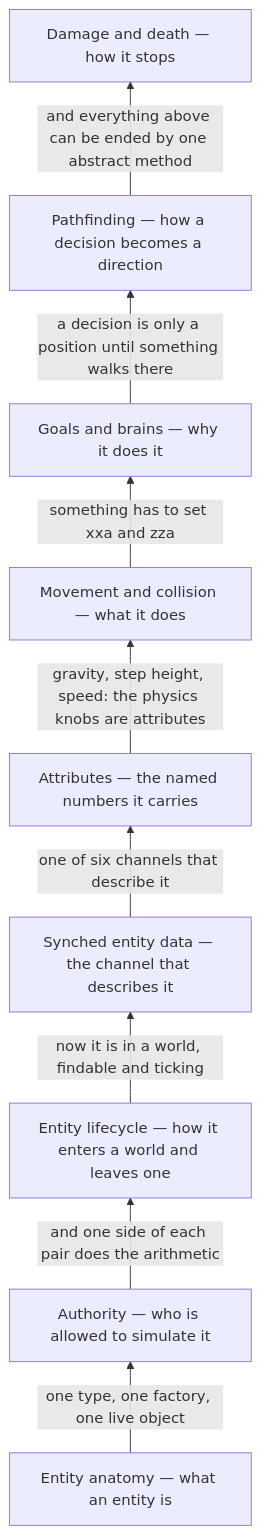
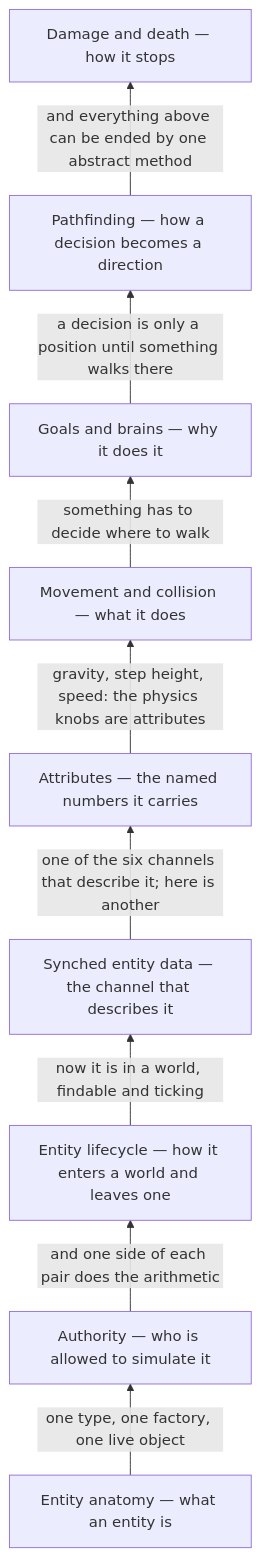
One commit to AlexanderjFraser/MinecraftDocs changed the diagram in src/systems/entities/README.md. Above: the diagram before and after it, drawn with Mermaid. The commit also changed other lines of this file and 18 other files, not shown here.

````diff
--- a/src/systems/entities/README.md
+++ b/src/systems/entities/README.md
@@ -52,20 +28,20 @@
 ```mermaid
 flowchart BT
     A["Entity anatomy — what an entity is"]
     B["Authority — who is allowed to simulate it"]
     C["Entity lifecycle — how it enters a world and leaves one"]
     D["Synched entity data — the channel that describes it"]
     E["Attributes — the named numbers it carries"]
     F["Movement and collision — what it does"]
     G["Goals and brains — why it does it"]
     H["Pathfinding — how a decision becomes a direction"]
     I["Damage and death — how it stops"]
     A -- "one type, one factory, one live object" --> B
     B -- "and one side of each pair does the arithmetic" --> C
     C -- "now it is in a world, findable and ticking" --> D
-    D -- "one of six channels that describe it" --> E
+    D -- "one of the six channels that describe it; here is another" --> E
     E -- "gravity, step height, speed: the physics knobs are attributes" --> F
-    F -- "something has to set xxa and zza" --> G
+    F -- "something has to decide where to walk" --> G
     G -- "a decision is only a position until something walks there" --> H
     H -- "and everything above can be ended by one abstract method" --> I
 ```
````
